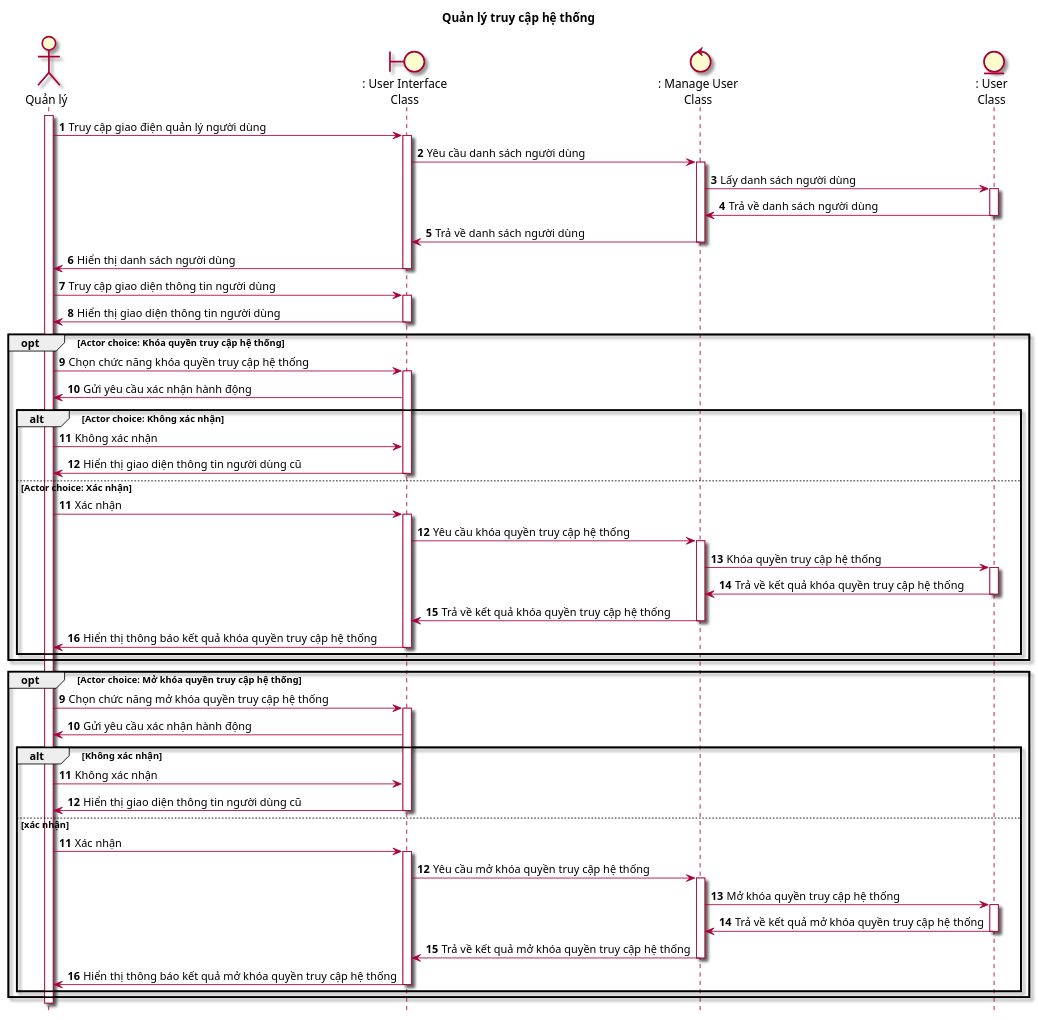
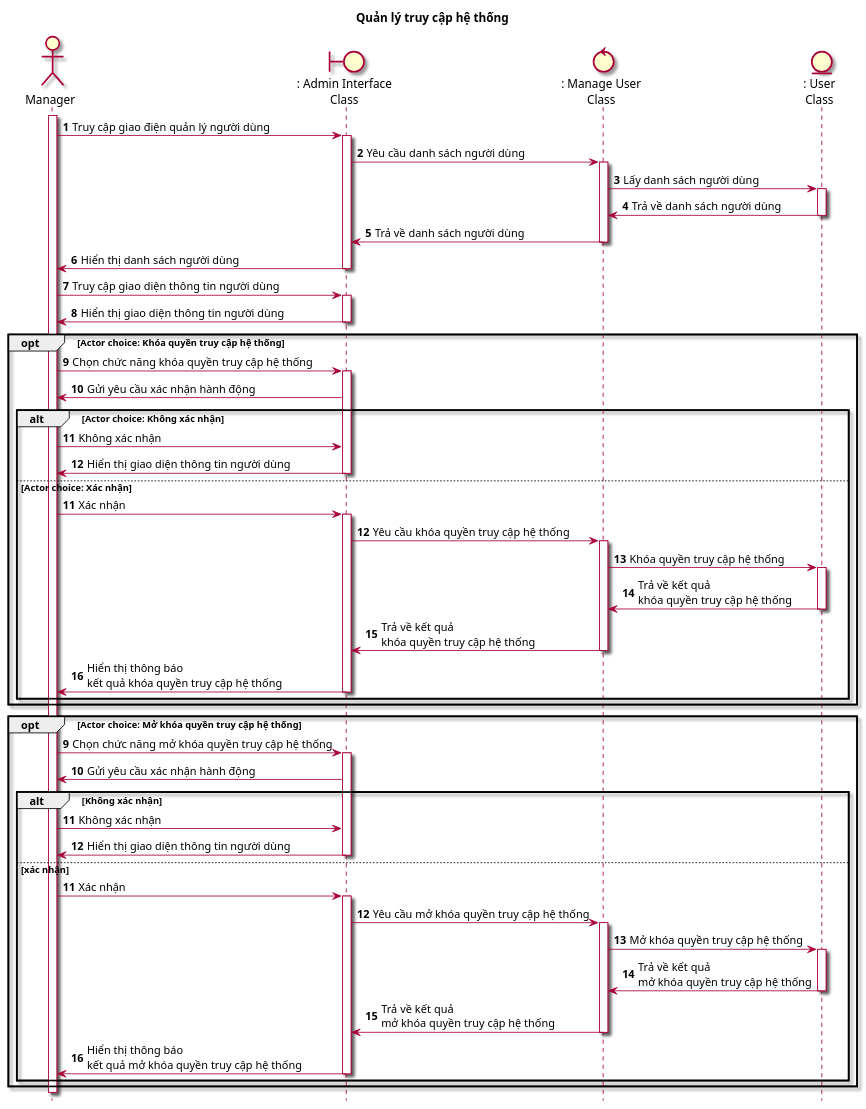
Before and after one commit to Griselda4774/EAS-EmploymentAssistanceSystem: the diagram in Lab1/Lab 1.2 Diagram/Sequence/FilePUML/16. SeqQuanLyTruyCapHeThong.puml, drawn with PlantUML. The commit also changed 4 other files, not shown here.

```diff
--- a/Lab1/Lab 1.2 Diagram/Sequence/FilePUML/16. SeqQuanLyTruyCapHeThong.puml
+++ b/Lab1/Lab 1.2 Diagram/Sequence/FilePUML/16. SeqQuanLyTruyCapHeThong.puml
@@ -1,61 +1,61 @@
-@startuml SeqQuanLyTruyCapHeThong
+@startuml SeqmanagerTruyCapHeThong
 
 skin rose
 hide footbox
 
 title Quản lý truy cập hệ thống
 
-actor "Quản lý" as quanLy
-boundary ": User Interface\nClass" as userInterface
+actor "Manager" as manager
+boundary ": Admin Interface\nClass" as adminInterface
 control ": Manage User\nClass" as manageUser
 entity ": User\nClass" as user
 
 autonumber
-quanLy++
-quanLy -> userInterface++ : Truy cập giao điện quản lý người dùng
-userInterface -> manageUser++ : Yêu cầu danh sách người dùng
+manager++
+manager -> adminInterface++ : Truy cập giao điện quản lý người dùng
+adminInterface -> manageUser++ : Yêu cầu danh sách người dùng
 manageUser -> user++ : Lấy danh sách người dùng
 user -> manageUser-- : Trả về danh sách người dùng
-manageUser -> userInterface-- : Trả về danh sách người dùng
-userInterface -> quanLy-- : Hiển thị danh sách người dùng
-quanLy -> userInterface++ : Truy cập giao diện thông tin người dùng
-userInterface -> quanLy-- : Hiển thị giao diện thông tin người dùng
+manageUser -> adminInterface-- : Trả về danh sách người dùng
+adminInterface -> manager-- : Hiển thị danh sách người dùng
+manager -> adminInterface++ : Truy cập giao diện thông tin người dùng
+adminInterface -> manager-- : Hiển thị giao diện thông tin người dùng
 
 opt Actor choice: Khóa quyền truy cập hệ thống
-    quanLy -> userInterface++ : Chọn chức năng khóa quyền truy cập hệ thống
-    userInterface -> quanLy : Gửi yêu cầu xác nhận hành động
+    manager -> adminInterface++ : Chọn chức năng khóa quyền truy cập hệ thống
+    adminInterface -> manager : Gửi yêu cầu xác nhận hành động
     alt Actor choice: Không xác nhận
-        quanLy -> userInterface : Không xác nhận
-        userInterface -> quanLy-- : Hiển thị giao diện thông tin người dùng cũ
+        manager -> adminInterface : Không xác nhận
+        adminInterface -> manager-- : Hiển thị giao diện thông tin người dùng
     else Actor choice: Xác nhận
         autonumber 11
-        quanLy -> userInterface++ : Xác nhận
-        userInterface -> manageUser++ : Yêu cầu khóa quyền truy cập hệ thống
+        manager -> adminInterface++ : Xác nhận
+        adminInterface -> manageUser++ : Yêu cầu khóa quyền truy cập hệ thống
         manageUser -> user++ : Khóa quyền truy cập hệ thống
-        user -> manageUser-- : Trả về kết quả khóa quyền truy cập hệ thống
-        manageUser -> userInterface-- : Trả về kết quả khóa quyền truy cập hệ thống
-        userInterface -> quanLy-- : Hiển thị thông báo kết quả khóa quyền truy cập hệ thống
+        user -> manageUser-- : Trả về kết quả\nkhóa quyền truy cập hệ thống
+        manageUser -> adminInterface-- : Trả về kết quả\nkhóa quyền truy cập hệ thống
+        adminInterface -> manager-- : Hiển thị thông báo\nkết quả khóa quyền truy cập hệ thống
     end
 end
 
 opt Actor choice: Mở khóa quyền truy cập hệ thống
     autonumber 9
-    quanLy -> userInterface++ : Chọn chức năng mở khóa quyền truy cập hệ thống
-    userInterface -> quanLy : Gửi yêu cầu xác nhận hành động
+    manager -> adminInterface++ : Chọn chức năng mở khóa quyền truy cập hệ thống
+    adminInterface -> manager : Gửi yêu cầu xác nhận hành động
     alt Không xác nhận
-        quanLy -> userInterface : Không xác nhận
-        userInterface -> quanLy-- : Hiển thị giao diện thông tin người dùng cũ
+        manager -> adminInterface : Không xác nhận
+        adminInterface -> manager-- : Hiển thị giao diện thông tin người dùng
     else xác nhận
         autonumber 11
-        quanLy -> userInterface++ : Xác nhận
-        userInterface -> manageUser++ : Yêu cầu mở khóa quyền truy cập hệ thống
+        manager -> adminInterface++ : Xác nhận
+        adminInterface -> manageUser++ : Yêu cầu mở khóa quyền truy cập hệ thống
         manageUser -> user++ : Mở khóa quyền truy cập hệ thống
-        user -> manageUser-- : Trả về kết quả mở khóa quyền truy cập hệ thống
-        manageUser -> userInterface-- : Trả về kết quả mở khóa quyền truy cập hệ thống
-        userInterface -> quanLy-- : Hiển thị thông báo kết quả mở khóa quyền truy cập hệ thống
+        user -> manageUser-- : Trả về kết quả\nmở khóa quyền truy cập hệ thống
+        manageUser -> adminInterface-- : Trả về kết quả\nmở khóa quyền truy cập hệ thống
+        adminInterface -> manager-- : Hiển thị thông báo\nkết quả mở khóa quyền truy cập hệ thống
     end
 end
 
-quanLy--
+manager--
 
 @enduml
```
